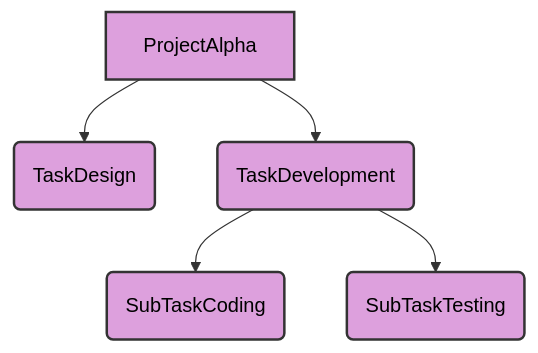
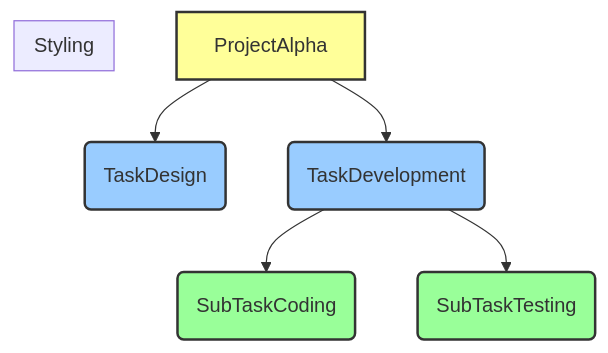
The first of 4 diagrams in docs/2_introduction.md (ikko/sym), drawn with Mermaid before and after one commit. The commit also changed other lines of this file and 6 other files, not shown here.

````diff
--- a/docs/2_introduction.md
+++ b/docs/2_introduction.md
@@ -59,13 +59,15 @@
 ```mermaid
 graph TD
     A[ProjectAlpha] --> B(TaskDesign)
     A --> C(TaskDevelopment)
     C --> D(SubTaskCoding)
     C --> E(SubTaskTesting)
 
-    style A fill:#DDA0DD,stroke:#333,stroke-width:2px,color:#000000
-    style B fill:#DDA0DD,stroke:#333,stroke-width:2px,color:#000000
-    style C fill:#DDA0DD,stroke:#333,stroke-width:2px,color:#000000
-    style D fill:#DDA0DD,stroke:#333,stroke-width:2px,color:#000000
-    style E fill:#DDA0DD,stroke:#333,stroke-width:2px,color:#000000
+    subgraph "Styling"
+        style A fill:#ff9,stroke:#333,stroke-width:2px
+        style B fill:#9cf,stroke:#333,stroke-width:2px
+        style C fill:#9cf,stroke:#333,stroke-width:2px
+        style D fill:#9f9,stroke:#333,stroke-width:2px
+        style E fill:#9f9,stroke:#333,stroke-width:2px
+    end
 ```
````
